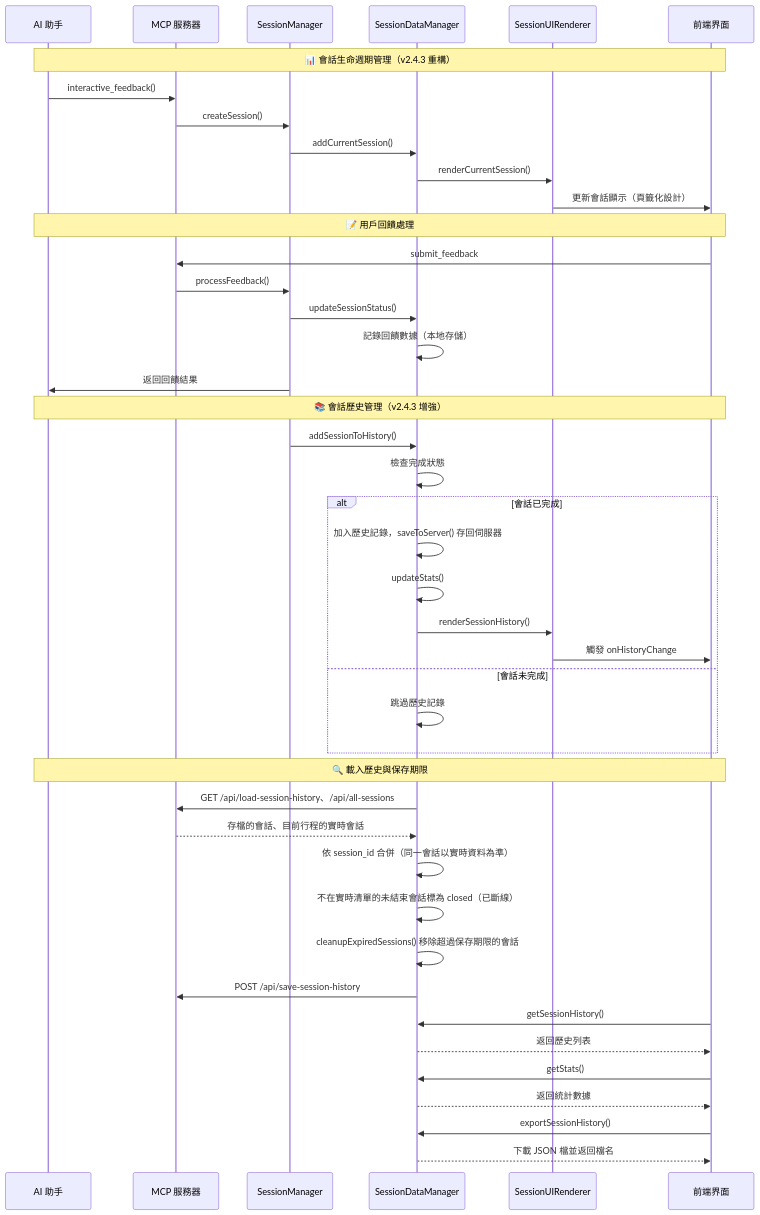
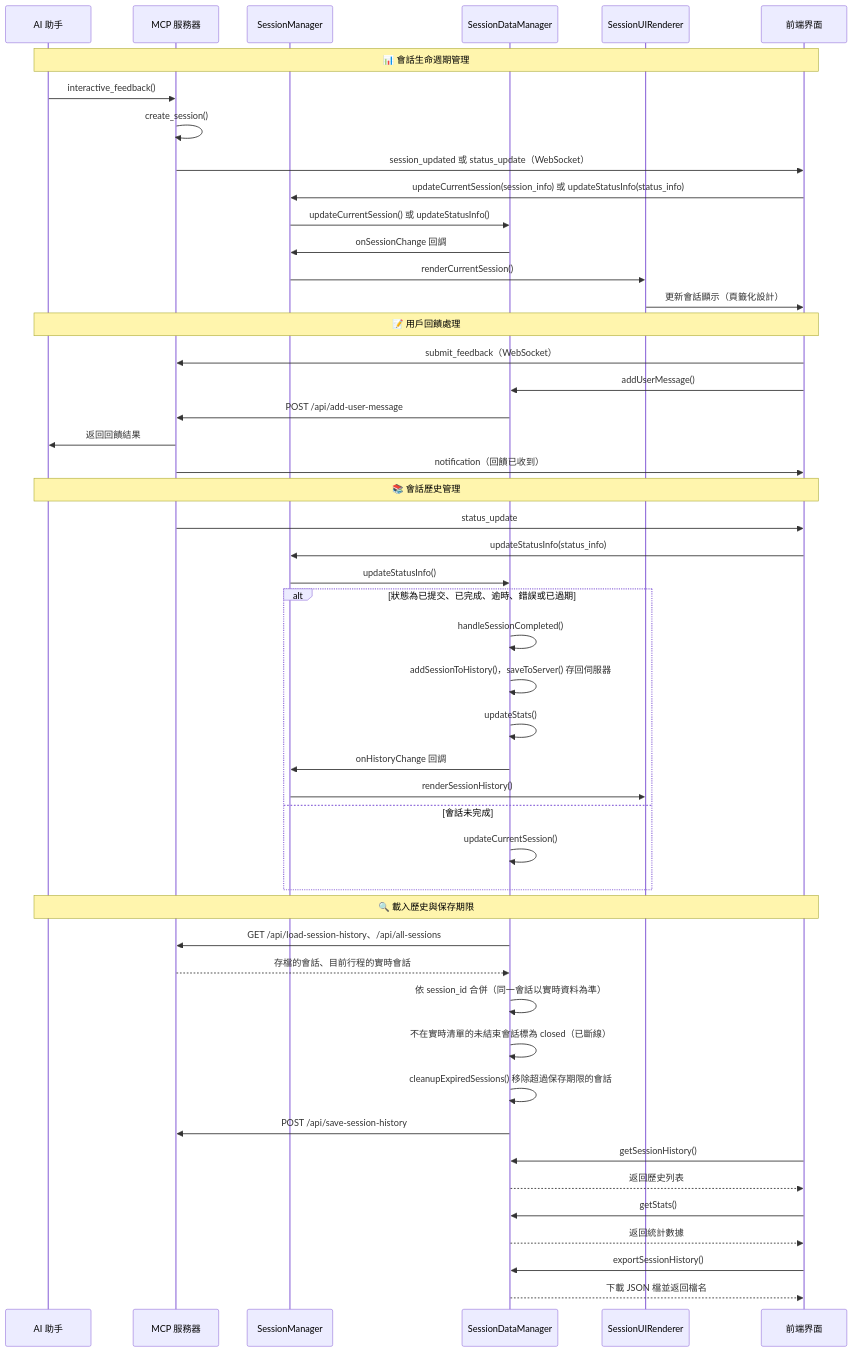
One commit to CloudEngineHub/mcp-feedback-enhanced changed the eighth of 12 diagrams in docs/architecture/interaction-flows.md. Above: the diagram before and after it, drawn with Mermaid. The commit also changed other lines of this file, not shown here.

Commit message:
📝 交互流程文件改用實際的方法名、WebSocket 訊息與前端回饋狀態，移除虛構的環境偵測與會話管理虛擬碼

````diff
--- a/docs/architecture/interaction-flows.md
+++ b/docs/architecture/interaction-flows.md
@@ -558,49 +370,54 @@
 ```mermaid
 sequenceDiagram
     participant AI as AI 助手
     participant Server as MCP 服務器
     participant SM as SessionManager
     participant SDM as SessionDataManager
     participant SUR as SessionUIRenderer
     participant UI as 前端界面
 
-    Note over AI,UI: 📊 會話生命週期管理（v2.4.3 重構）
+    Note over AI,UI: 📊 會話生命週期管理
     AI->>Server: interactive_feedback()
-    Server->>SM: createSession()
-    SM->>SDM: addCurrentSession()
-    SDM->>SUR: renderCurrentSession()
+    Server->>Server: create_session()
+    Server->>UI: session_updated 或 status_update（WebSocket）
+    UI->>SM: updateCurrentSession(session_info) 或 updateStatusInfo(status_info)
+    SM->>SDM: updateCurrentSession() 或 updateStatusInfo()
+    SDM->>SM: onSessionChange 回調
+    SM->>SUR: renderCurrentSession()
     SUR->>UI: 更新會話顯示（頁籤化設計）
 
     Note over AI,UI: 📝 用戶回饋處理
-    UI->>Server: submit_feedback
-    Server->>SM: processFeedback()
-    SM->>SDM: updateSessionStatus()
-    SDM->>SDM: 記錄回饋數據（本地存儲）
-    SM->>AI: 返回回饋結果
+    UI->>Server: submit_feedback（WebSocket）
+    UI->>SDM: addUserMessage()
+    SDM->>Server: POST /api/add-user-message
+    Server->>AI: 返回回饋結果
+    Server->>UI: notification（回饋已收到）
 
-    Note over AI,UI: 📚 會話歷史管理（v2.4.3 增強）
-    SM->>SDM: addSessionToHistory()
-    SDM->>SDM: 檢查完成狀態
-    alt 會話已完成
-        SDM->>SDM: 加入歷史記錄，saveToServer() 存回伺服器
+    Note over AI,UI: 📚 會話歷史管理
+    Server->>UI: status_update
+    UI->>SM: updateStatusInfo(status_info)
+    SM->>SDM: updateStatusInfo()
+    alt 狀態為已提交、已完成、逾時、錯誤或已過期
+        SDM->>SDM: handleSessionCompleted()
+        SDM->>SDM: addSessionToHistory()，saveToServer() 存回伺服器
         SDM->>SDM: updateStats()
-        SDM->>SUR: renderSessionHistory()
-        SUR->>UI: 觸發 onHistoryChange
+        SDM->>SM: onHistoryChange 回調
+        SM->>SUR: renderSessionHistory()
     else 會話未完成
-        SDM->>SDM: 跳過歷史記錄
+        SDM->>SDM: updateCurrentSession()
     end
 
     Note over AI,UI: 🔍 載入歷史與保存期限
     SDM->>Server: GET /api/load-session-history、/api/all-sessions
     Server-->>SDM: 存檔的會話、目前行程的實時會話
     SDM->>SDM: 依 session_id 合併（同一會話以實時資料為準）
     SDM->>SDM: 不在實時清單的未結束會話標為 closed（已斷線）
     SDM->>SDM: cleanupExpiredSessions() 移除超過保存期限的會話
     SDM->>Server: POST /api/save-session-history
     UI->>SDM: getSessionHistory()
     SDM-->>UI: 返回歷史列表
     UI->>SDM: getStats()
     SDM-->>UI: 返回統計數據
     UI->>SDM: exportSessionHistory()
     SDM-->>UI: 下載 JSON 檔並返回檔名
 ```
````
